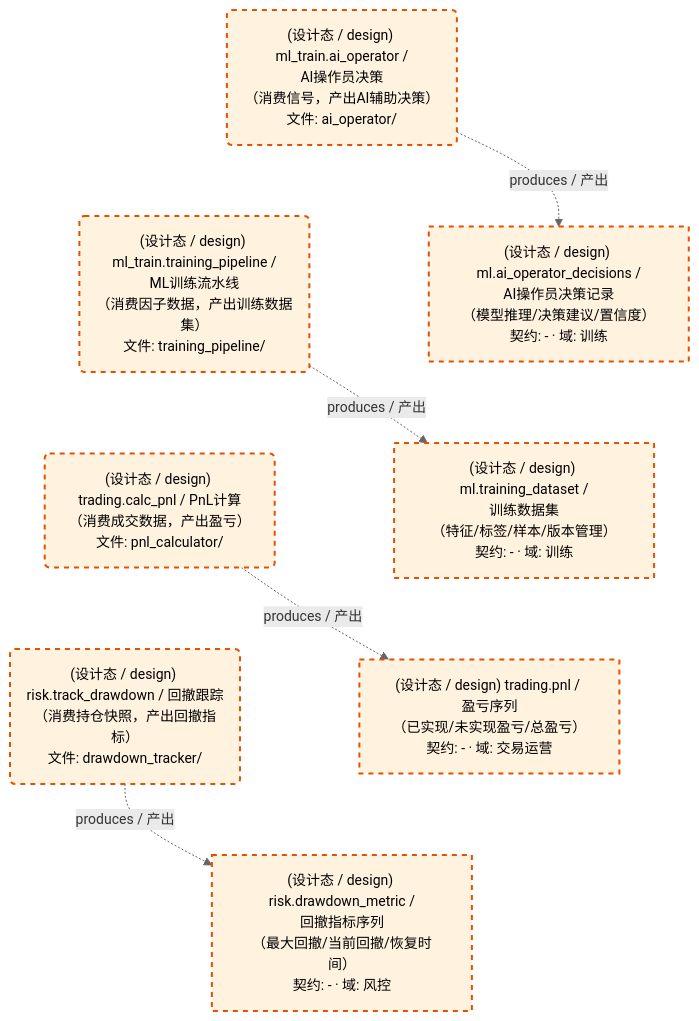
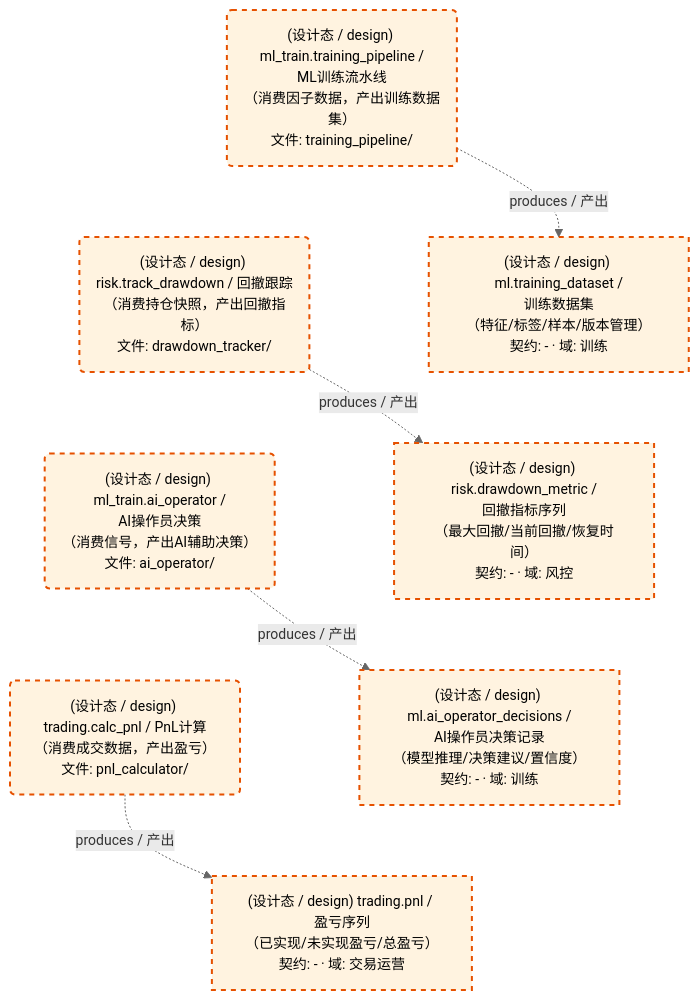
Before and after one commit to xuanFelixVan/ZephyrAlpha: the third of 3 diagrams in docs/02_enterprise_architecture/05_dataflow_architecture/d_others.md, drawn with Mermaid. The commit also changed other lines of this file and 12 other files, not shown here.

````diff
--- a/docs/02_enterprise_architecture/05_dataflow_architecture/d_others.md
+++ b/docs/02_enterprise_architecture/05_dataflow_architecture/d_others.md
@@ -108,27 +108,27 @@
 ```mermaid
 %%{init: {'theme': 'base', 'themeVariables': {'primaryColor': '#eaeaea', 'primaryTextColor': '#333333', 'primaryBorderColor': '#666666', 'lineColor': '#666666', 'secondaryColor': '#eaeaea', 'tertiaryColor': '#eaeaea', 'clusterBkg': 'transparent', 'clusterBorder': 'transparent', 'fontSize': '14px'}}}%%
 flowchart TD
     DS11271["(设计态 / design) ml.ai_operator_decisions /<br/>AI操作员决策记录<br/>（模型推理/决策建议/置信度）<br/>契约: - · 域: 训练"]
     DS11272["(设计态 / design) ml.training_dataset /<br/>训练数据集<br/>（特征/标签/样本/版本管理）<br/>契约: - · 域: 训练"]
     DS11273["(设计态 / design) risk.drawdown_metric /<br/>回撤指标序列<br/>（最大回撤/当前回撤/恢复时间）<br/>契约: - · 域: 风控"]
     DS11274["(设计态 / design) trading.pnl / 盈亏序列<br/>（已实现/未实现盈亏/总盈亏）<br/>契约: - · 域: 交易运营"]
     JOB757635("(设计态 / design) ml_train.ai_operator /<br/>AI操作员决策<br/>（消费信号，产出AI辅助决策）<br/>文件: ai_operator/")
     JOB757636("(设计态 / design) ml_train.training_pipeline /<br/>ML训练流水线<br/>（消费因子数据，产出训练数据集）<br/>文件: training_pipeline/")
     JOB757637("(设计态 / design) risk.track_drawdown / 回撤跟踪<br/>（消费持仓快照，产出回撤指标）<br/>文件: drawdown_tracker/")
     JOB757638("(设计态 / design) trading.calc_pnl / PnL计算<br/>（消费成交数据，产出盈亏）<br/>文件: pnl_calculator/")
     JOB757635 -.->|produces / 产出| DS11271
     JOB757636 -.->|produces / 产出| DS11272
     JOB757637 -.->|produces / 产出| DS11273
     JOB757638 -.->|produces / 产出| DS11274
-    JOB757635 ~~~ JOB757636
-    JOB757636 ~~~ JOB757638
-    JOB757638 ~~~ JOB757637
-    DS11271 ~~~ DS11272
-    DS11272 ~~~ DS11274
-    DS11274 ~~~ DS11273
+    JOB757636 ~~~ JOB757637
+    JOB757637 ~~~ JOB757635
+    JOB757635 ~~~ JOB757638
+    DS11272 ~~~ DS11273
+    DS11273 ~~~ DS11271
+    DS11271 ~~~ DS11274
     classDef production fill:#e1f5fe,stroke:#01579b,stroke-width:2px,color:#000
     classDef design fill:#fff3e0,stroke:#e65100,stroke-width:2px,color:#000,stroke-dasharray: 5 5
     classDef external_prod fill:#e8f4fd,stroke:#0277bd,stroke-width:1px,color:#000
     classDef external_design fill:#fff8e7,stroke:#ef6c00,stroke-width:1px,color:#000,stroke-dasharray: 5 5
     class DS11271,DS11272,DS11273,DS11274,JOB757635,JOB757636,JOB757637,JOB757638 design
 ```
````
